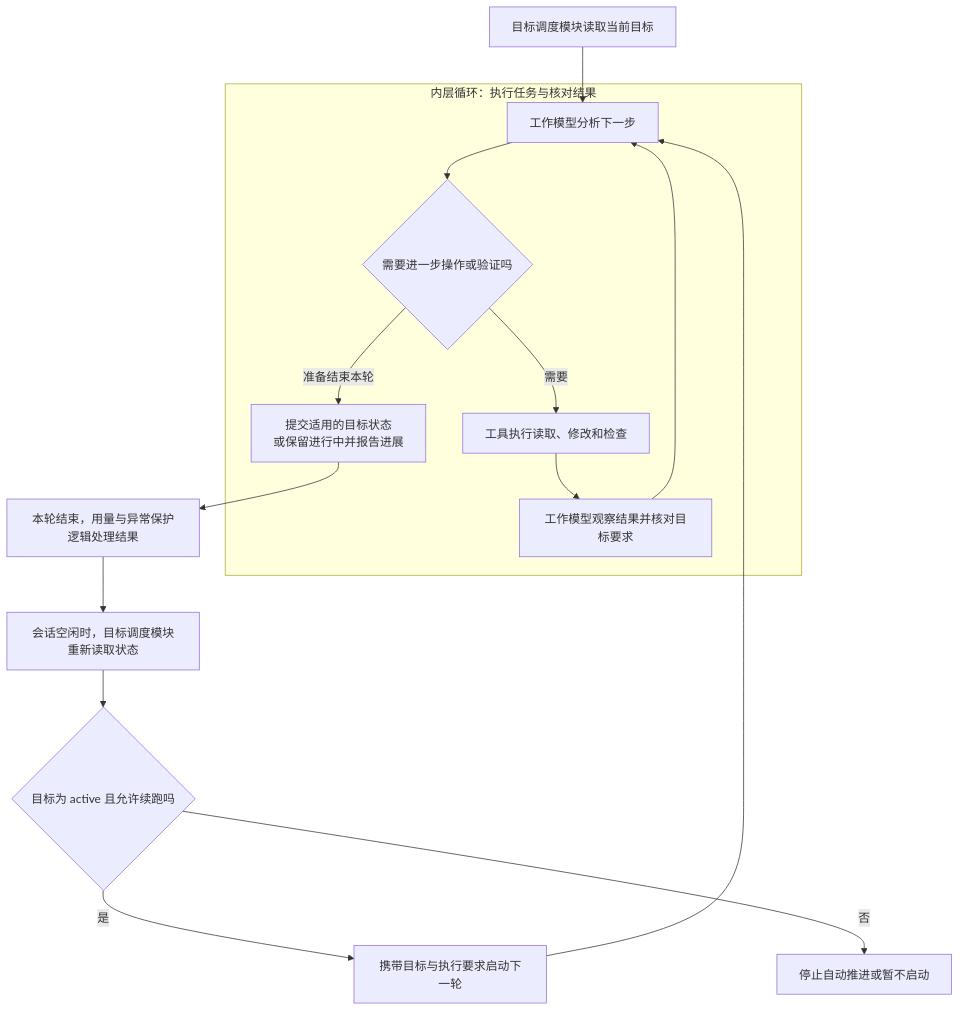
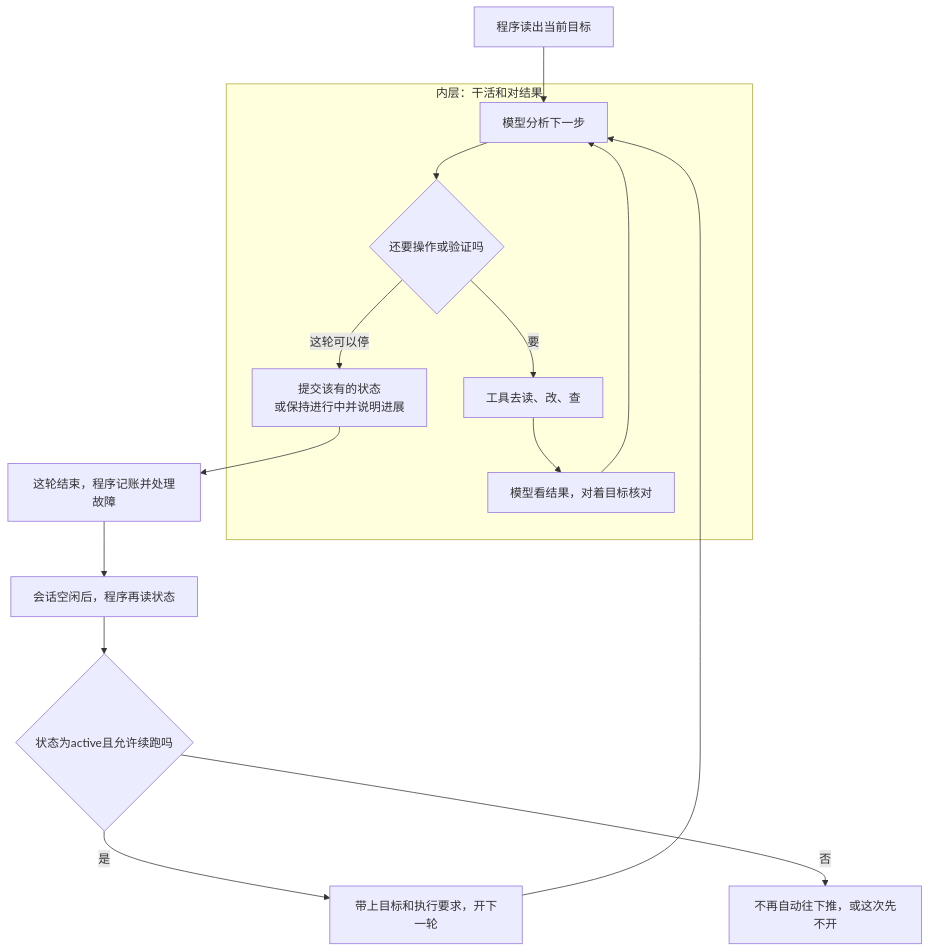
The second of 5 diagrams in docs/docs/1000-AI技术/200-应用开发/100-智能体/7000-AI Coding中的goal指令：从持续执行到目标闭环.md (gqcn/johns-blog), drawn with Mermaid before and after one commit. The commit also changed other lines of this file and 14 other files, not shown here.

````diff
--- a/docs/docs/1000-AI技术/200-应用开发/100-智能体/7000-AI Coding中的goal指令：从持续执行到目标闭环.md
+++ b/docs/docs/1000-AI技术/200-应用开发/100-智能体/7000-AI Coding中的goal指令：从持续执行到目标闭环.md
@@ -180,17 +187,17 @@
 ```mermaid
 flowchart TD
-    A[目标调度模块读取当前目标] --> B[工作模型分析下一步]
-    subgraph Inner[内层循环：执行任务与核对结果]
-        B --> C{需要进一步操作或验证吗}
-        C -->|需要| D[工具执行读取、修改和检查]
-        D --> E[工作模型观察结果并核对目标要求]
+    A[程序读出当前目标] --> B[模型分析下一步]
+    subgraph Inner[内层：干活和对结果]
+        B --> C{还要操作或验证吗}
+        C -->|要| D[工具去读、改、查]
+        D --> E[模型看结果，对着目标核对]
         E --> B
-        C -->|准备结束本轮| F[提交适用的目标状态<br/>或保留进行中并报告进展]
+        C -->|这轮可以停| F[提交该有的状态<br/>或保持进行中并说明进展]
     end
-    F --> G[本轮结束，用量与异常保护逻辑处理结果]
-    G --> H[会话空闲时，目标调度模块重新读取状态]
-    H --> I{目标为 active 且允许续跑吗}
-    I -->|是| J[携带目标与执行要求启动下一轮]
+    F --> G[这轮结束，程序记账并处理故障]
+    G --> H[会话空闲后，程序再读状态]
+    H --> I{状态为active且允许续跑吗}
+    I -->|是| J[带上目标和执行要求，开下一轮]
     J --> B
-    I -->|否| K[停止自动推进或暂不启动]
+    I -->|否| K[不再自动往下推，或这次先不开]
 ```
````
